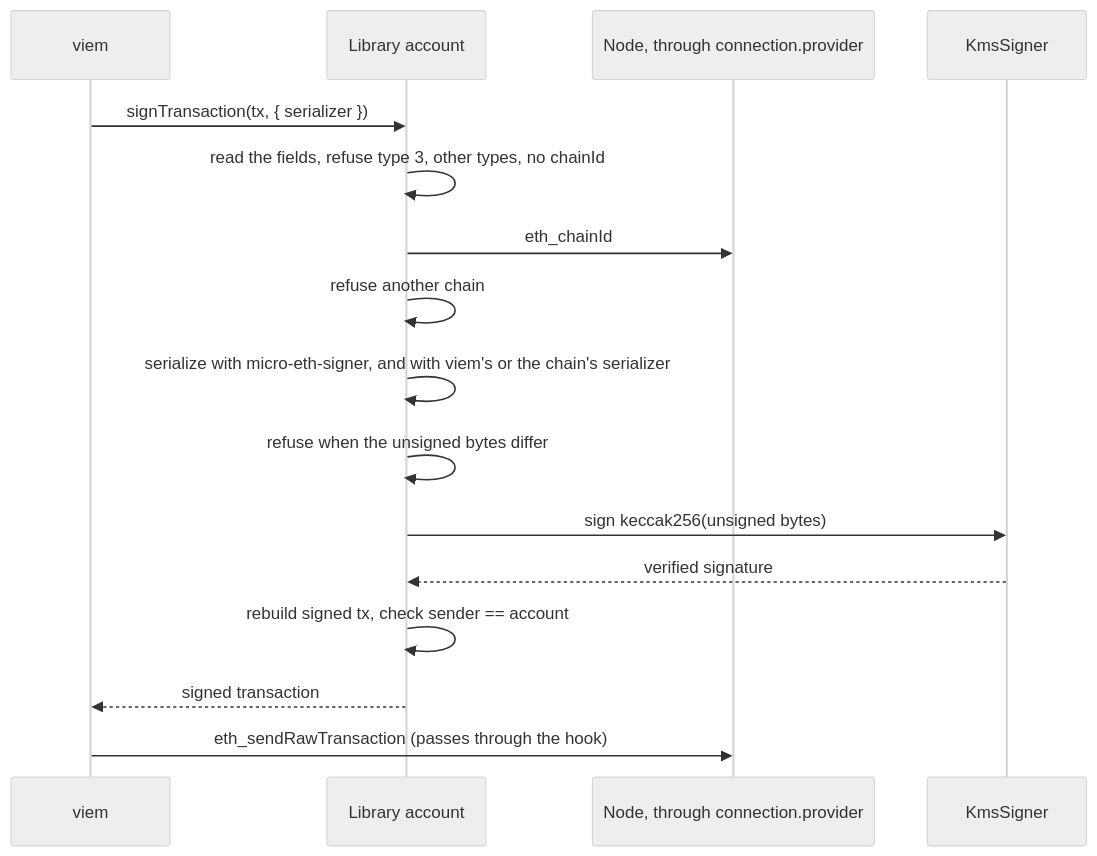
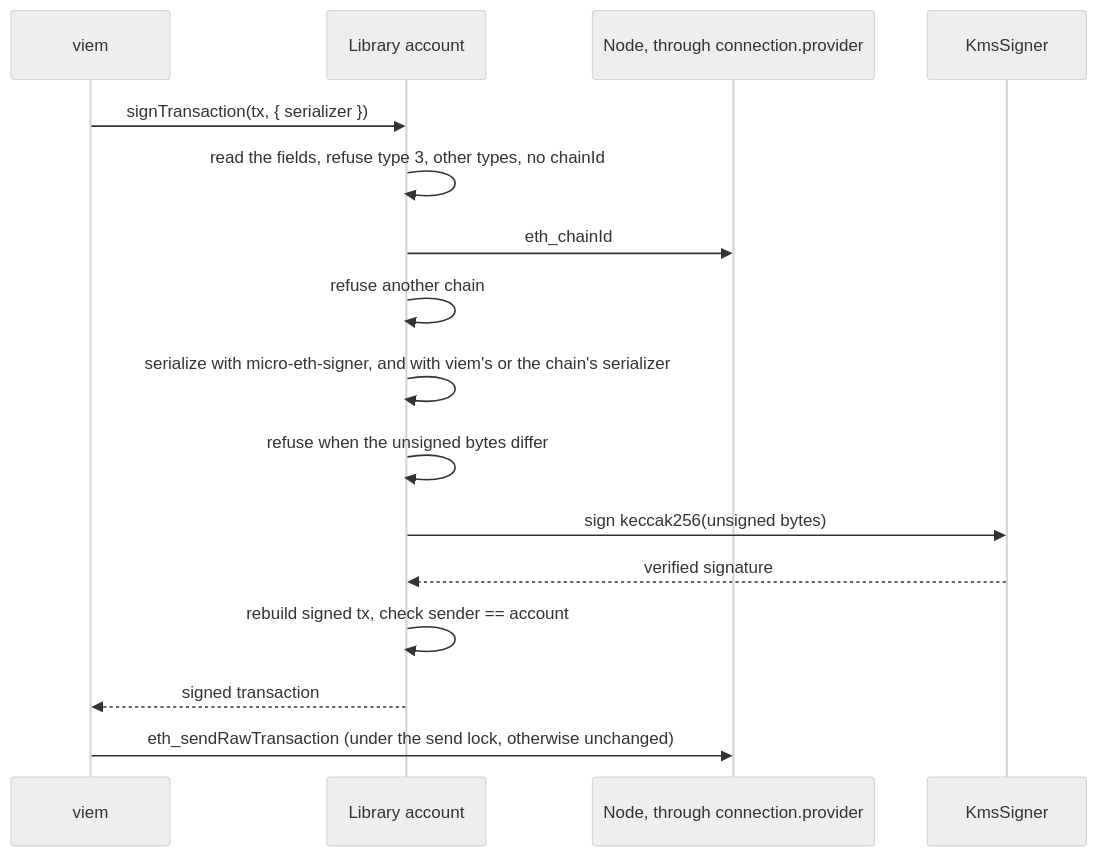
Before and after one commit to aelmanaa/hardhat-kms: the fourth of 4 diagrams in docs/contributor/architecture.md, drawn with Mermaid (neutral theme). The commit also changed other lines of this file and 19 other files, not shown here.

````diff
--- a/docs/contributor/architecture.md
+++ b/docs/contributor/architecture.md
@@ -153,18 +153,18 @@
 ```mermaid
 sequenceDiagram
   participant V as viem
   participant A as Library account
   participant N as Node, through connection.provider
   participant S as KmsSigner
   V->>A: signTransaction(tx, { serializer })
   A->>A: read the fields, refuse type 3, other types, no chainId
   A->>N: eth_chainId
   A->>A: refuse another chain
   A->>A: serialize with micro-eth-signer, and with viem's or the chain's serializer
   A->>A: refuse when the unsigned bytes differ
   A->>S: sign keccak256(unsigned bytes)
   S-->>A: verified signature
   A->>A: rebuild signed tx, check sender == account
   A-->>V: signed transaction
-  V->>N: eth_sendRawTransaction (passes through the hook)
+  V->>N: eth_sendRawTransaction (under the send lock, otherwise unchanged)
 ```
````
